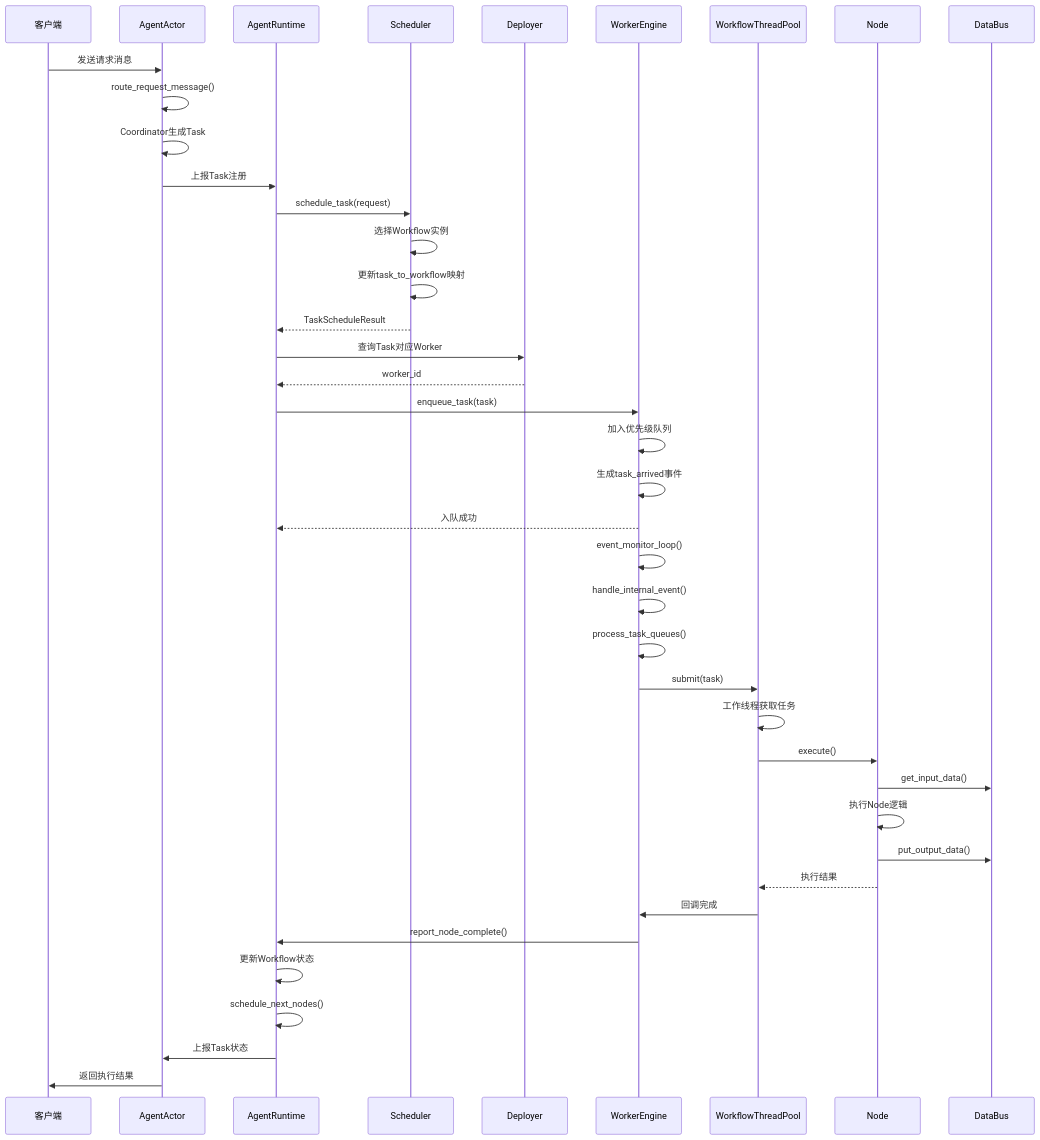
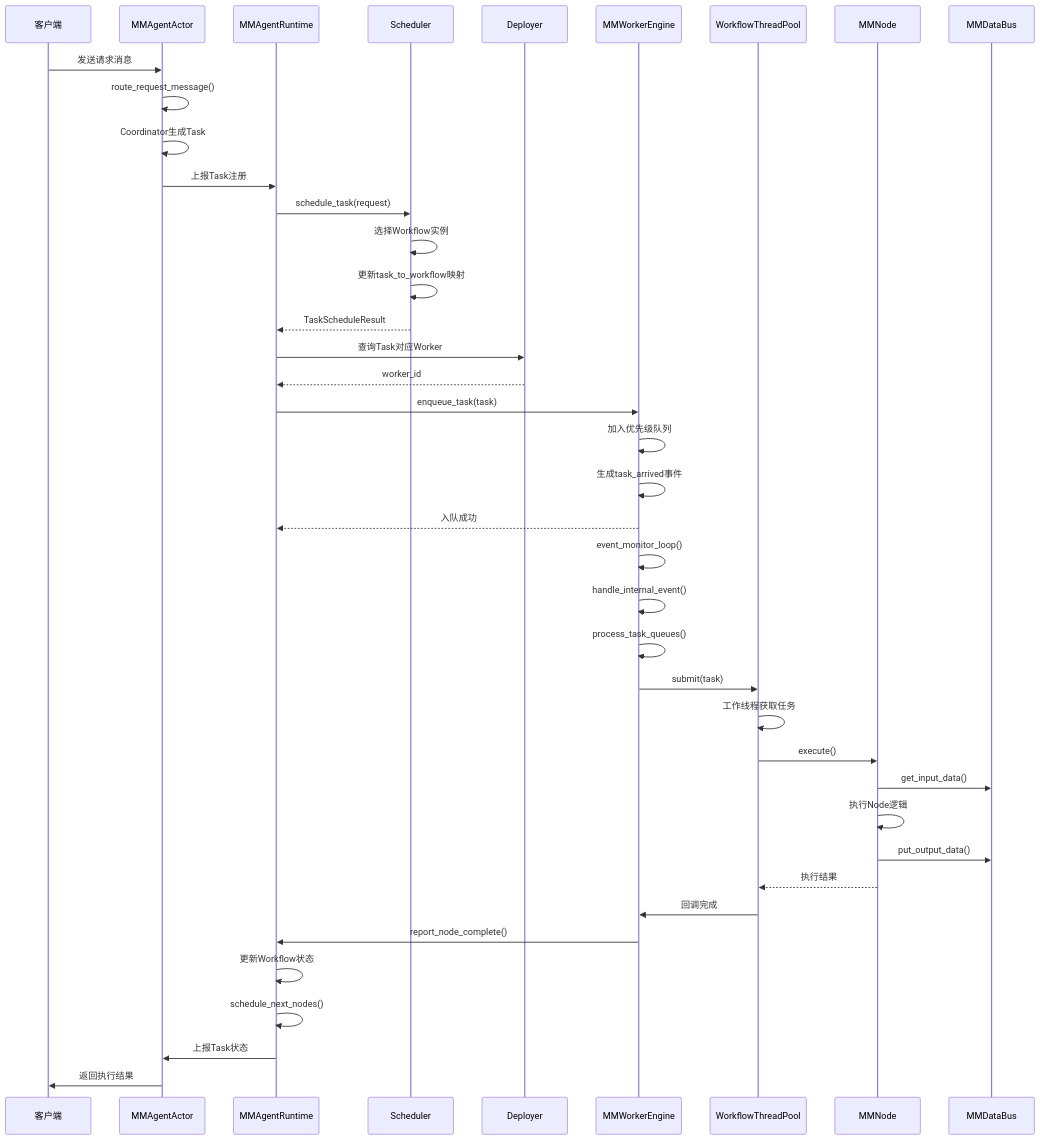
One commit to xyz11274/agentf changed the second of 11 diagrams in docs/scheduling.md. Above: the diagram before and after it, drawn with Mermaid. The commit also changed other lines of this file and 106 other files, not shown here.

````diff
--- a/docs/scheduling.md
+++ b/docs/scheduling.md
@@ -578,55 +578,55 @@
 ```mermaid
 sequenceDiagram
     participant Client as 客户端
-    participant AA as AgentActor
-    participant AR as AgentRuntime
+    participant AA as MMAgentActor
+    participant AR as MMAgentRuntime
     participant Sch as Scheduler
     participant DE as Deployer
-    participant WE as WorkerEngine
+    participant WE as MMWorkerEngine
     participant WFP as WorkflowThreadPool
-    participant Node as Node
-    participant DB as DataBus
+    participant MMNode as MMNode
+    participant DB as MMDataBus
 
     %% Task创建阶段
     Client->>AA: 发送请求消息
     AA->>AA: route_request_message()
     AA->>AA: Coordinator生成Task
     AA->>AR: 上报Task注册
 
     %% Task调度阶段
     AR->>Sch: schedule_task(request)
     Sch->>Sch: 选择Workflow实例
     Sch->>Sch: 更新task_to_workflow映射
     Sch-->>AR: TaskScheduleResult
 
     AR->>DE: 查询Task对应Worker
     DE-->>AR: worker_id
 
     AR->>WE: enqueue_task(task)
     WE->>WE: 加入优先级队列
     WE->>WE: 生成task_arrived事件
     WE-->>AR: 入队成功
 
     %% Task执行阶段
     WE->>WE: event_monitor_loop()
     WE->>WE: handle_internal_event()
     WE->>WE: process_task_queues()
 
     WE->>WFP: submit(task)
     WFP->>WFP: 工作线程获取任务
 
-    WFP->>Node: execute()
-    Node->>DB: get_input_data()
-    Node->>Node: 执行Node逻辑
-    Node->>DB: put_output_data()
-    Node-->>WFP: 执行结果
+    WFP->>MMNode: execute()
+    MMNode->>DB: get_input_data()
+    MMNode->>MMNode: 执行Node逻辑
+    MMNode->>DB: put_output_data()
+    MMNode-->>WFP: 执行结果
 
     WFP->>WE: 回调完成
     WE->>AR: report_node_complete()
     AR->>AR: 更新Workflow状态
     AR->>AR: schedule_next_nodes()
 
     %% 状态上报
     AR->>AA: 上报Task状态
     AA->>Client: 返回执行结果
 ```
````
